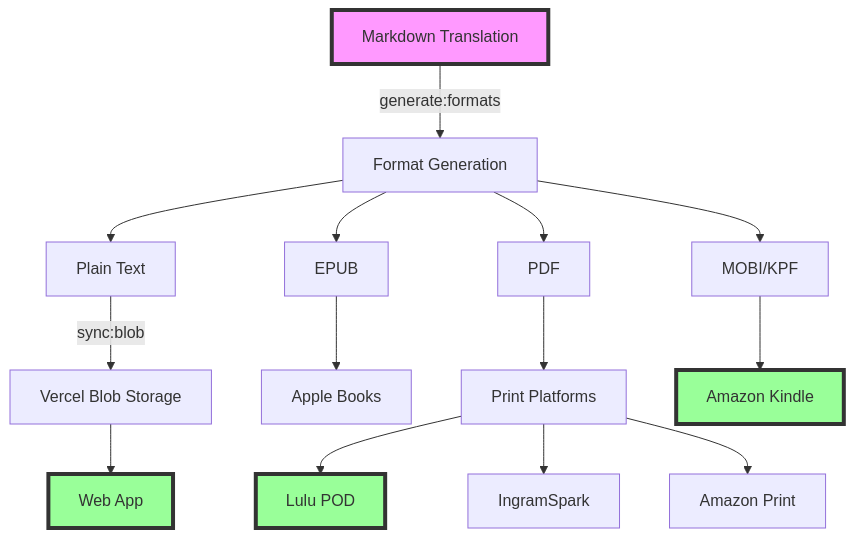
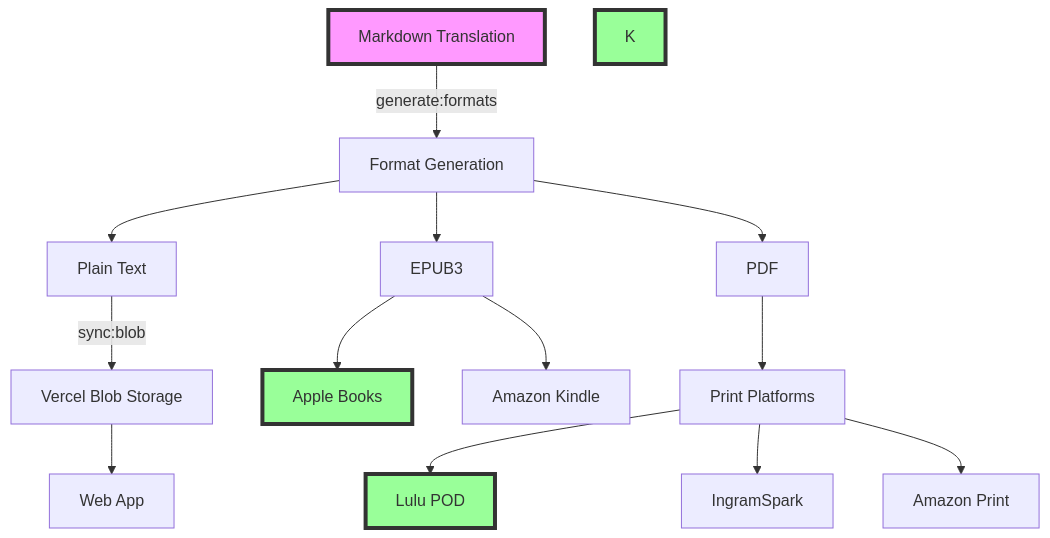
One commit to phrazzld/brainrot changed the diagram in docs/PUBLISHING.md. Above: the diagram before and after it, drawn with Mermaid. The commit also changed other lines of this file and 42 other files, not shown here.

````diff
--- a/docs/PUBLISHING.md
+++ b/docs/PUBLISHING.md
@@ -7,24 +7,23 @@
 ```mermaid
 graph TB
     A[Markdown Translation] -->|generate:formats| B[Format Generation]
     B --> C[Plain Text]
-    B --> D[EPUB]
+    B --> D[EPUB3]
     B --> E[PDF]
-    B --> F[MOBI/KPF]
 
-    C -->|sync:blob| G[Vercel Blob Storage]
-    G --> H[Web App]
+    C -->|sync:blob| F[Vercel Blob Storage]
+    F --> G[Web App]
 
-    D --> I[Apple Books]
+    D --> H[Apple Books]
+    D --> I[Amazon Kindle]
     E --> J[Print Platforms]
-    F --> K[Amazon Kindle]
 
     J --> L[Lulu POD]
     J --> M[IngramSpark]
     J --> N[Amazon Print]
 
     style A fill:#f9f,stroke:#333,stroke-width:4px
     style H fill:#9f9,stroke:#333,stroke-width:4px
     style K fill:#9f9,stroke:#333,stroke-width:4px
     style L fill:#9f9,stroke:#333,stroke-width:4px
 ```
````
